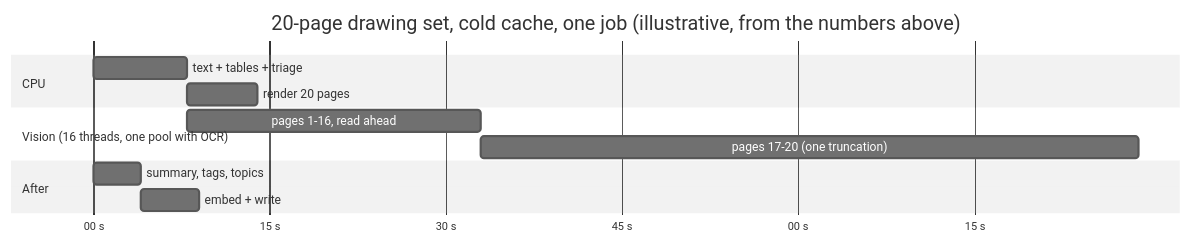
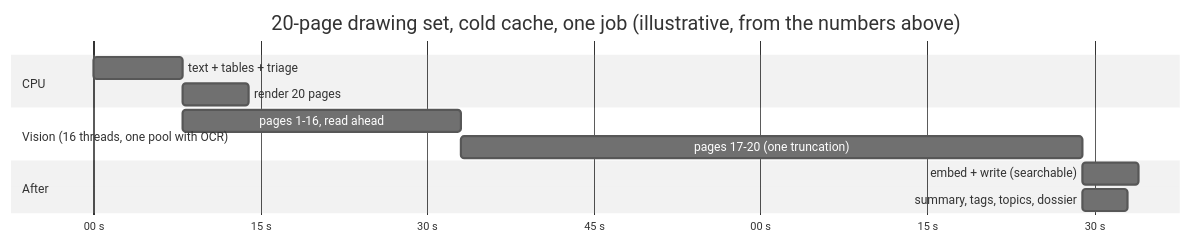
One commit to archos-at/archos changed the fourth of 7 diagrams in docs/architecture/ingestion-pipeline.md. Above: the diagram before and after it, drawn with Mermaid (neutral theme). The commit also changed other lines of this file and 5 other files, not shown here.

First line of the commit message:
perf(ingest): write a file's chunks without waiting for its summary and dossier

````diff
--- a/docs/architecture/ingestion-pipeline.md
+++ b/docs/architecture/ingestion-pipeline.md
@@ -232,15 +247,15 @@
 ```mermaid
 gantt
   dateFormat  s
   axisFormat  %S s
   title 20-page drawing set, cold cache, one job (illustrative, from the numbers above)
   section CPU
   text + tables + triage        :a1, 0, 8s
   render 20 pages               :a2, after a1, 6s
   section Vision (16 threads, one pool with OCR)
   pages 1-16, read ahead         :v1, after a1, 25s
   pages 17-20 (one truncation)   :v2, after v1, 56s
   section After
-  summary, tags, topics         :s1, after v5, 4s
-  embed + write                 :s2, after s1, 5s
+  embed + write (searchable)     :s2, after v2, 5s
+  summary, tags, topics, dossier :s1, after v2, 4s
 ```
````
